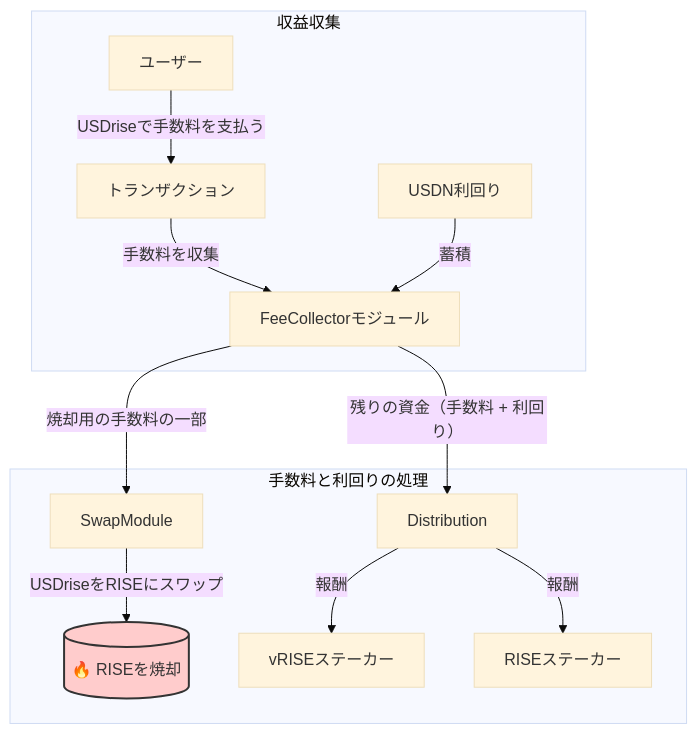
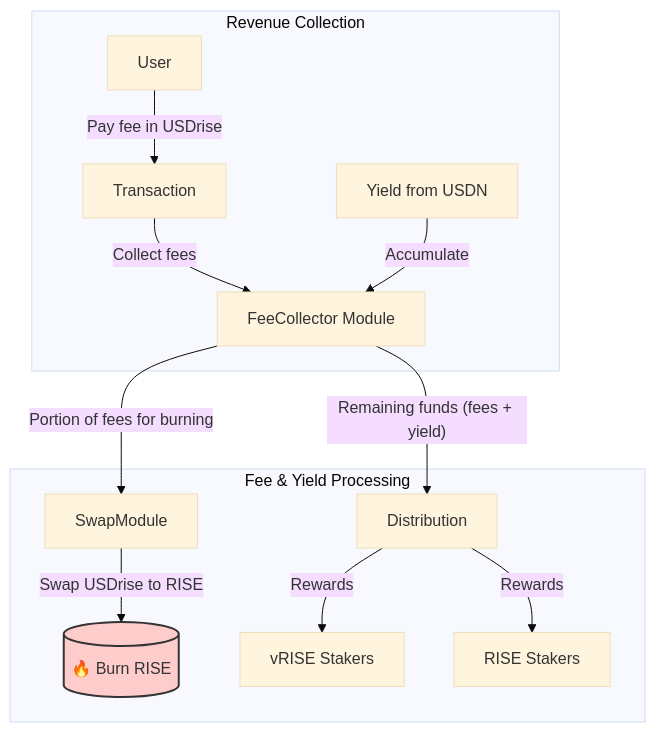
One commit to sunriselayer/gitbook changed the diagram in ja/learn/usdrise/README.md. Above: the diagram before and after it, drawn with Mermaid (base theme). The commit also changed 19 other files, not shown here.

````diff
--- a/ja/learn/usdrise/README.md
+++ b/ja/learn/usdrise/README.md
@@ -25,18 +25,18 @@
 ```mermaid
 graph TD;
-    subgraph 収益収集
-        ユーザー -- "USDriseで手数料を支払う" --> トランザクション;
-        トランザクション -- "手数料を収集" --> FeeCollector["FeeCollectorモジュール"];
-        USDN_Yield["USDN利回り"] -- "蓄積" --> FeeCollector;
+    subgraph "Revenue Collection"
+        User -- "Pay fee in USDrise" --> Transaction;
+        Transaction -- "Collect fees" --> FeeCollector["FeeCollector Module"];
+        USDN_Yield["Yield from USDN"] -- "Accumulate" --> FeeCollector;
     end
 
-    subgraph 手数料と利回りの処理
-        FeeCollector -- "焼却用の手数料の一部" --> SwapModule;
-        SwapModule -- "USDriseをRISEにスワップ" --> Burn[("🔥 RISEを焼却")];
-        FeeCollector -- "残りの資金（手数料 + 利回り）" --> Distribution;
-        Distribution -- "報酬" --> vRISE_Stakers["vRISEステーカー"];
-        Distribution -- "報酬" --> RISE_Stakers["RISEステーカー"];
+    subgraph "Fee & Yield Processing"
+        FeeCollector -- "Portion of fees for burning" --> SwapModule;
+        SwapModule -- "Swap USDrise to RISE" --> Burn[("🔥 Burn RISE")];
+        FeeCollector -- "Remaining funds (fees + yield)" --> Distribution;
+        Distribution -- "Rewards" --> vRISE_Stakers["vRISE Stakers"];
+        Distribution -- "Rewards" --> RISE_Stakers["RISE Stakers"];
     end
 
     style Burn fill:#ffcccc,stroke:#333,stroke-width:2px
 ```
````
